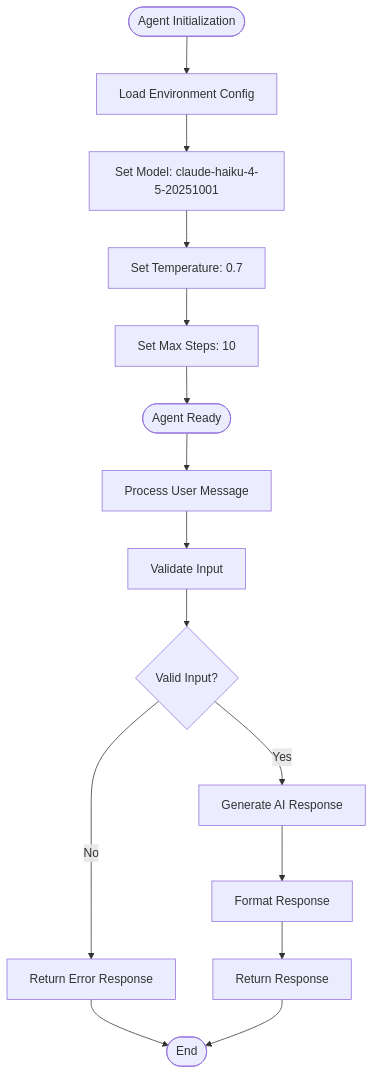
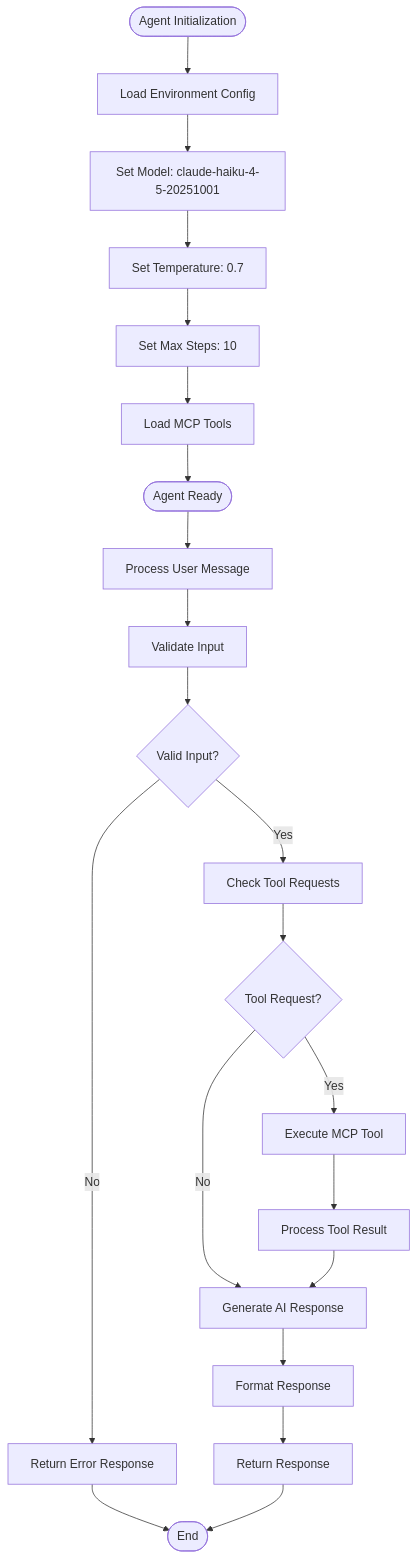
Before and after one commit to siimliimand/laravel-assistant: the fourth of 17 diagrams in .qoder/repowiki/en/content/AI Integration System/Agent System/DevBot AI Agent System.md, drawn with Mermaid. The commit also changed other lines of this file and 4 other files, not shown here.

First line of the commit message:
docs(agent): document comprehensive MCP tool integration in DevBot AI agent system

````diff
--- a/.qoder/repowiki/en/content/AI Integration System/Agent System/DevBot AI Agent System.md
+++ b/.qoder/repowiki/en/content/AI Integration System/Agent System/DevBot AI Agent System.md
@@ -176,17 +223,23 @@
 ```mermaid
 flowchart TD
 Start([Agent Initialization]) --> LoadConfig["Load Environment Config"]
 LoadConfig --> SetModel["Set Model: claude-haiku-4-5-20251001"]
 SetModel --> SetTemperature["Set Temperature: 0.7"]
 SetTemperature --> SetMaxSteps["Set Max Steps: 10"]
-SetMaxSteps --> Ready([Agent Ready])
+SetMaxSteps --> LoadTools["Load MCP Tools"]
+LoadTools --> Ready([Agent Ready])
 Ready --> ProcessMessage["Process User Message"]
 ProcessMessage --> ValidateInput["Validate Input"]
 ValidateInput --> InputValid{"Valid Input?"}
 InputValid --> |No| ReturnError["Return Error Response"]
-InputValid --> |Yes| GenerateResponse["Generate AI Response"]
+InputValid --> |Yes| CheckTools["Check Tool Requests"]
+CheckTools --> ToolRequested{"Tool Request?"}
+ToolRequested --> |Yes| ExecuteTool["Execute MCP Tool"]
+ToolRequested --> |No| GenerateResponse["Generate AI Response"]
+ExecuteTool --> ToolResult["Process Tool Result"]
+ToolResult --> GenerateResponse
 GenerateResponse --> FormatResponse["Format Response"]
 FormatResponse --> ReturnResponse["Return Response"]
 ReturnError --> End([End])
 ReturnResponse --> End
 ```
````
